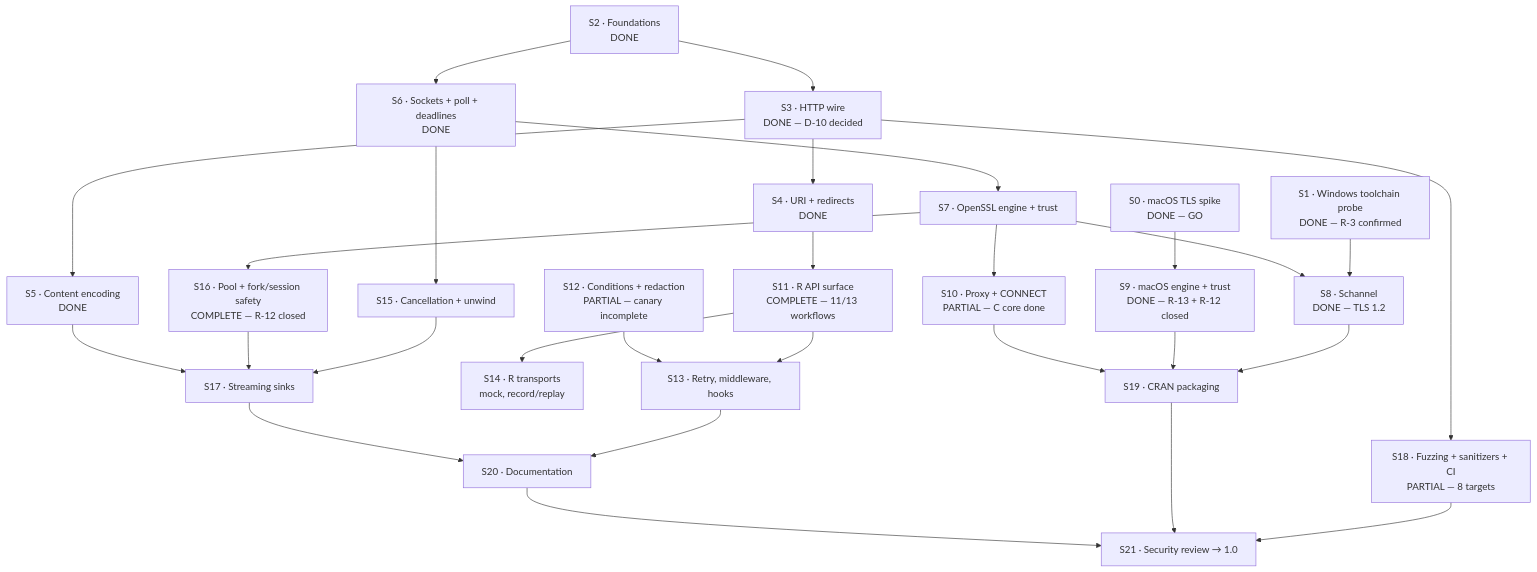
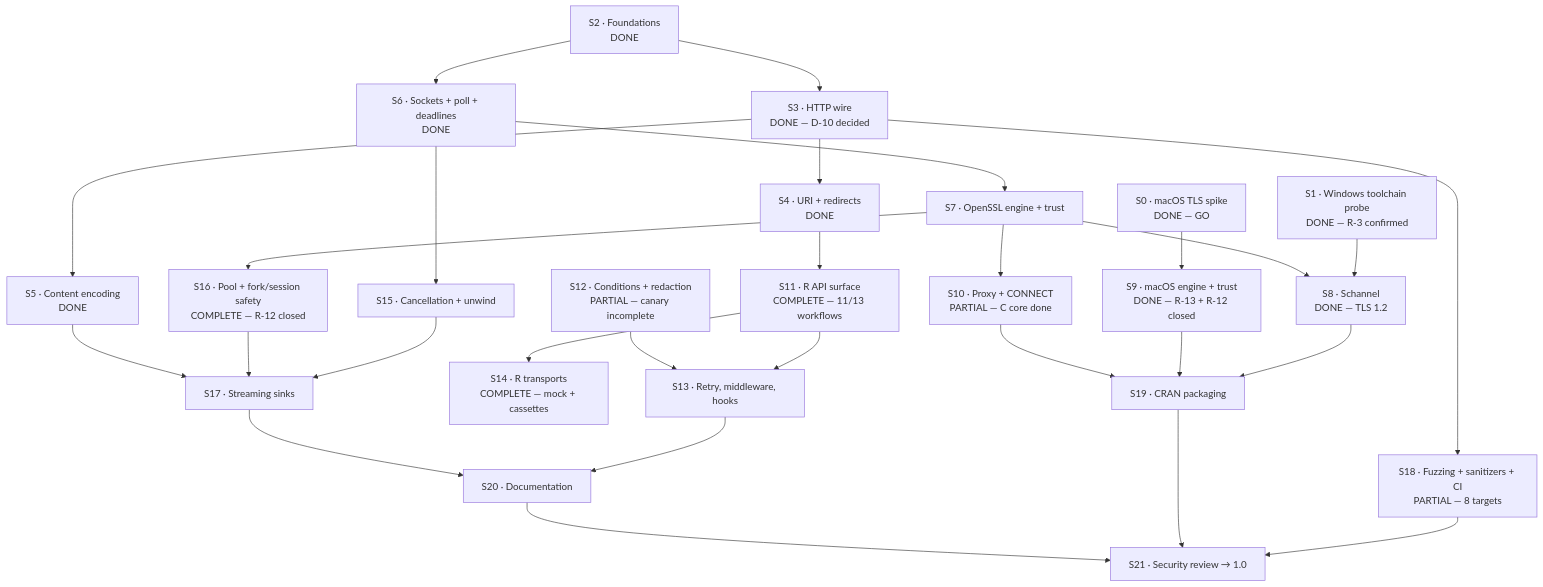
Before and after one commit to pedrobtz/zuhttp: the diagram in .agents/roadmap.md, drawn with Mermaid. The commit also changed other lines of this file and 13 other files, not shown here.

First line of the commit message:
S14: mock matching and record/replay, and a canary that was passing for free

````diff
--- a/.agents/roadmap.md
+++ b/.agents/roadmap.md
@@ -28,58 +28,58 @@
 ```mermaid
 graph TD
     S0["S0 · macOS TLS spike<br/>DONE — GO"]
     S1["S1 · Windows toolchain probe<br/>DONE — R-3 confirmed"]
 
     S2["S2 · Foundations<br/>DONE"]
     S3["S3 · HTTP wire<br/>DONE — D-10 decided"]
     S4["S4 · URI + redirects<br/>DONE"]
     S5["S5 · Content encoding<br/>DONE"]
 
     S6["S6 · Sockets + poll + deadlines<br/>DONE"]
     S7["S7 · OpenSSL engine + trust"]
     S8["S8 · Schannel<br/>DONE — TLS 1.2"]
     S9["S9 · macOS engine + trust<br/>DONE — R-13 + R-12 closed"]
     S10["S10 · Proxy + CONNECT<br/>PARTIAL — C core done"]
 
     S11["S11 · R API surface<br/>COMPLETE — 11/13 workflows"]
     S12["S12 · Conditions + redaction<br/>PARTIAL — canary incomplete"]
     S13["S13 · Retry, middleware, hooks"]
-    S14["S14 · R transports<br/>mock, record/replay"]
+    S14["S14 · R transports<br/>COMPLETE — mock + cassettes"]
 
     S15["S15 · Cancellation + unwind"]
     S16["S16 · Pool + fork/session safety<br/>COMPLETE — R-12 closed"]
     S17["S17 · Streaming sinks"]
 
     S18["S18 · Fuzzing + sanitizers + CI<br/>PARTIAL — 8 targets"]
     S19["S19 · CRAN packaging"]
     S20["S20 · Documentation"]
     S21["S21 · Security review → 1.0"]
 
     S0 --> S9
     S1 --> S8
     S2 --> S3
     S2 --> S6
     S3 --> S4
     S3 --> S5
     S3 --> S18
     S6 --> S7
     S6 --> S15
     S7 --> S8
     S7 --> S10
     S7 --> S16
     S8 --> S19
     S9 --> S19
     S4 --> S11
     S11 --> S13
     S12 --> S13
     S11 --> S14
     S15 --> S17
     S16 --> S17
     S13 --> S20
     S17 --> S20
     S18 --> S21
     S19 --> S21
     S20 --> S21
     S10 --> S19
     S5 --> S17
 ```
````
